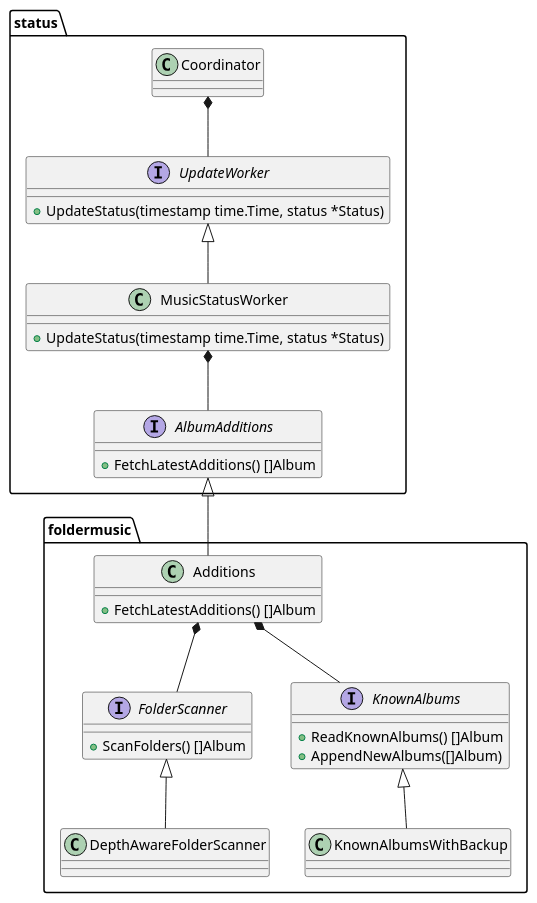
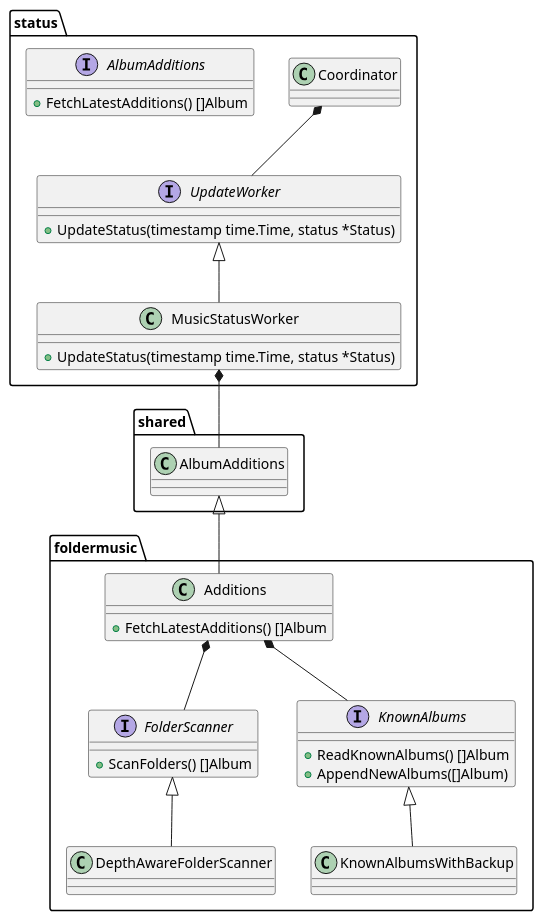
The diagram in doc/classdiagram.plantuml (epond/porthole), drawn with PlantUML before and after one commit. The commit also changed 9 other files, not shown here.

Commit message:
move Album into shared package

```diff
--- a/doc/classdiagram.plantuml
+++ b/doc/classdiagram.plantuml
@@ -1,43 +1,43 @@
 @startuml porthole
 
     namespace status {
         class Coordinator {
         }
 
         interface UpdateWorker  {
             + UpdateStatus(timestamp time.Time, status *Status) 
         }
         class MusicStatusWorker {
             + UpdateStatus(timestamp time.Time, status *Status) 
 
         }
         interface AlbumAdditions {
             + FetchLatestAdditions() []Album
         }
     }
 
     namespace foldermusic {
         class Additions {
             + FetchLatestAdditions() []Album
         }
         interface FolderScanner {
             + ScanFolders() []Album
         }
         class DepthAwareFolderScanner
         interface KnownAlbums {
             + ReadKnownAlbums() []Album
             + AppendNewAlbums([]Album)
         }
         class KnownAlbumsWithBackup
     }
 
 status.Coordinator *-- status.UpdateWorker
 status.UpdateWorker <|-- status.MusicStatusWorker
-status.AlbumAdditions <|-- foldermusic.Additions
-status.MusicStatusWorker *-- status.AlbumAdditions
+shared.AlbumAdditions <|-- foldermusic.Additions
+status.MusicStatusWorker *-- shared.AlbumAdditions
 foldermusic.FolderScanner <|-- foldermusic.DepthAwareFolderScanner
 foldermusic.Additions *-- foldermusic.FolderScanner
 foldermusic.Additions *-- foldermusic.KnownAlbums
 foldermusic.KnownAlbums <|-- foldermusic.KnownAlbumsWithBackup
 
 @enduml
```
